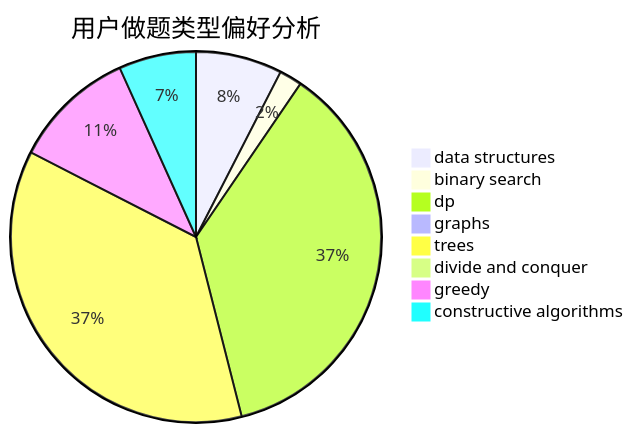
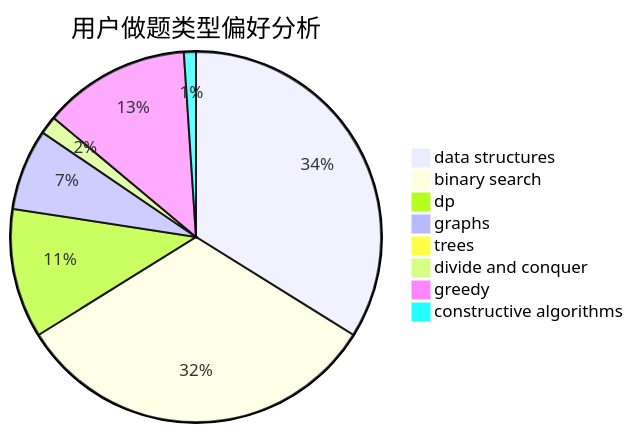
Before and after one commit to sherpahu/cfrs.github.io: the second of 3 diagrams in docs/user/u1888.md, drawn with Mermaid. The commit also changed other lines of this file and 2770 other files, not shown here.

````diff
--- a/docs/user/u1888.md
+++ b/docs/user/u1888.md
@@ -23,11 +23,11 @@
 ```mermaid
 pie title 用户做题类型偏好分析
-    "data structures" :  19
-    "binary search" :  5
-    "dp" :  92
-    "graphs" :  0
-    "trees" :  92
-    "divide and conquer" :  0
-    "greedy" :  27
-    "constructive algorithms" :  17
+    "data structures" :  129
+    "binary search" :  123
+    "dp" :  43
+    "graphs" :  27
+    "trees" :  0
+    "divide and conquer" :  6
+    "greedy" :  49
+    "constructive algorithms" :  4
 ```
````
